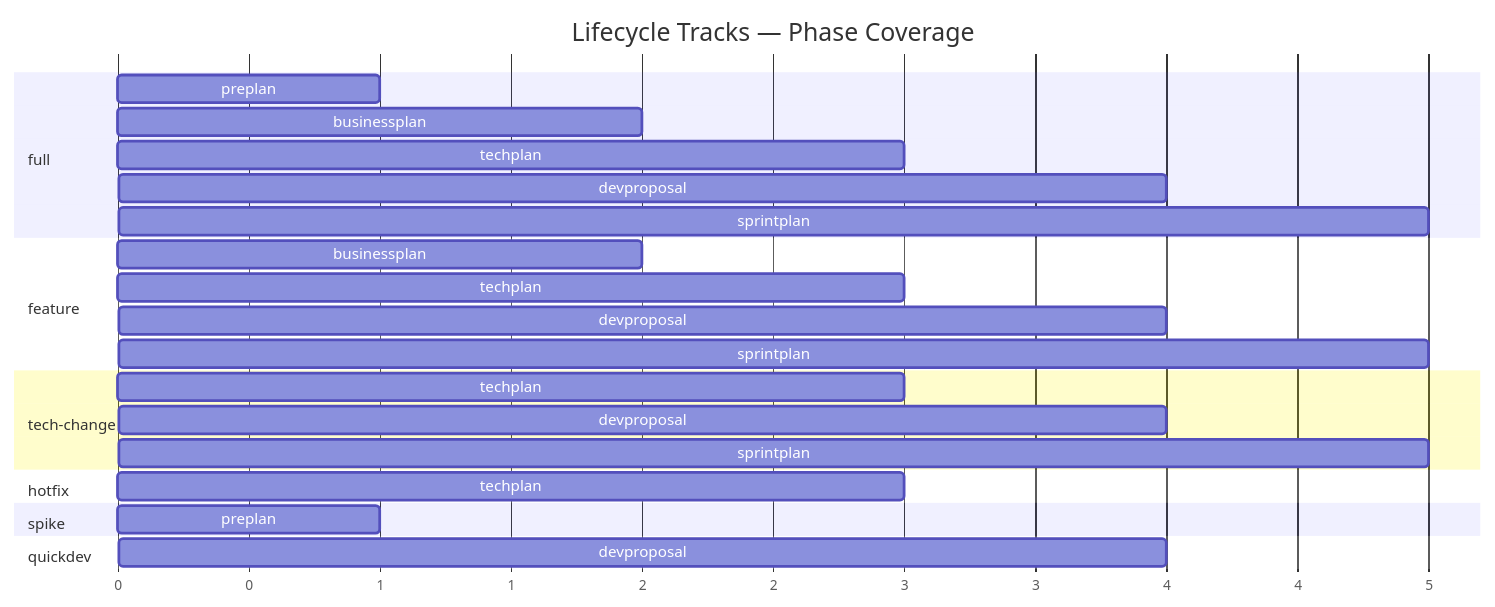
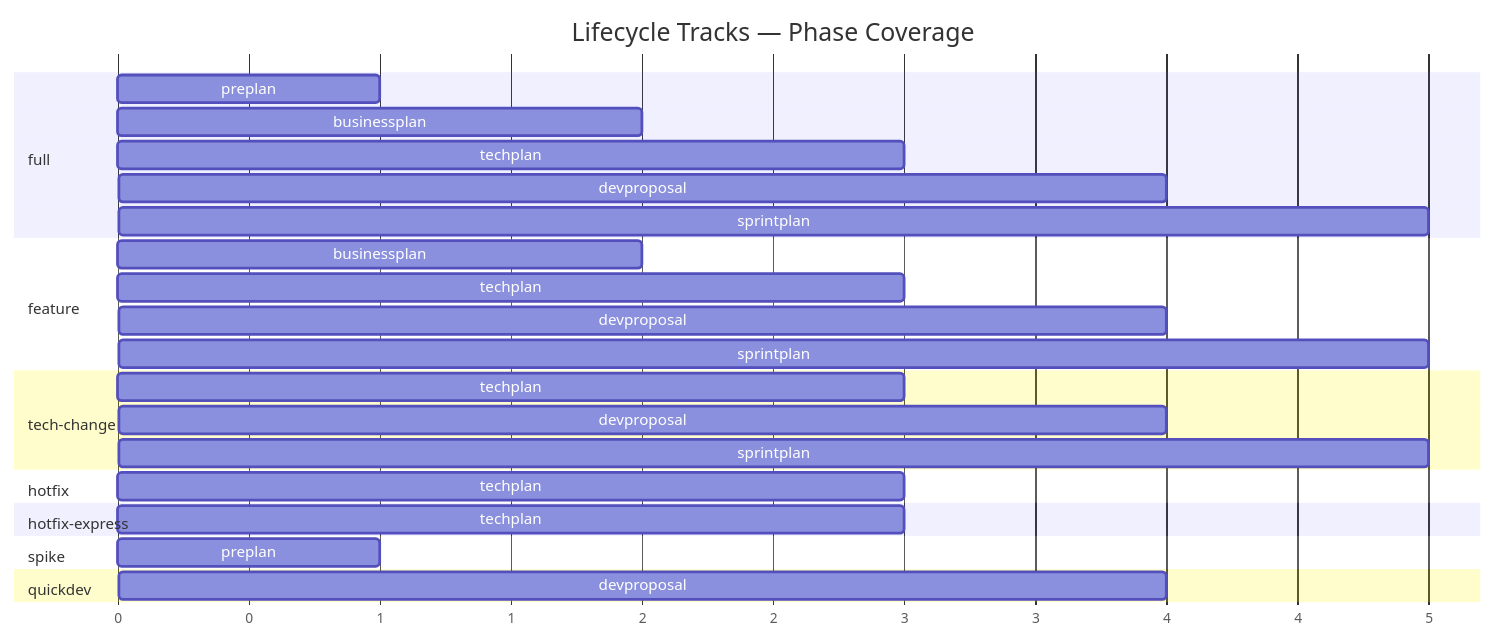
Diagram 13 of 14 in _bmad/lens-work/docs/lifecycle-visual-guide.md (crisweber2600/bmad.lens.src), drawn with Mermaid before and after one commit. The commit also changed other lines of this file and 19 other files, not shown here.

````diff
--- a/_bmad/lens-work/docs/lifecycle-visual-guide.md
+++ b/_bmad/lens-work/docs/lifecycle-visual-guide.md
@@ -466,33 +481,36 @@
 ```mermaid
 gantt
     title Lifecycle Tracks — Phase Coverage
     dateFormat X
     axisFormat %s
 
     section full
     preplan           :a1, 0, 1
     businessplan      :a2, 1, 2
     techplan          :a3, 2, 3
     devproposal       :a4, 3, 4
     sprintplan        :a5, 4, 5
 
     section feature
     businessplan      :b1, 1, 2
     techplan          :b2, 2, 3
     devproposal       :b3, 3, 4
     sprintplan        :b4, 4, 5
 
     section tech-change
     techplan          :c1, 2, 3
     devproposal       :c2, 3, 4
     sprintplan        :c3, 4, 5
 
     section hotfix
     techplan          :d1, 2, 3
 
+    section hotfix-express
+    techplan          :g1, 2, 3
+
     section spike
     preplan           :e1, 0, 1
 
     section quickdev
     devproposal       :f1, 3, 4
 ```
````
